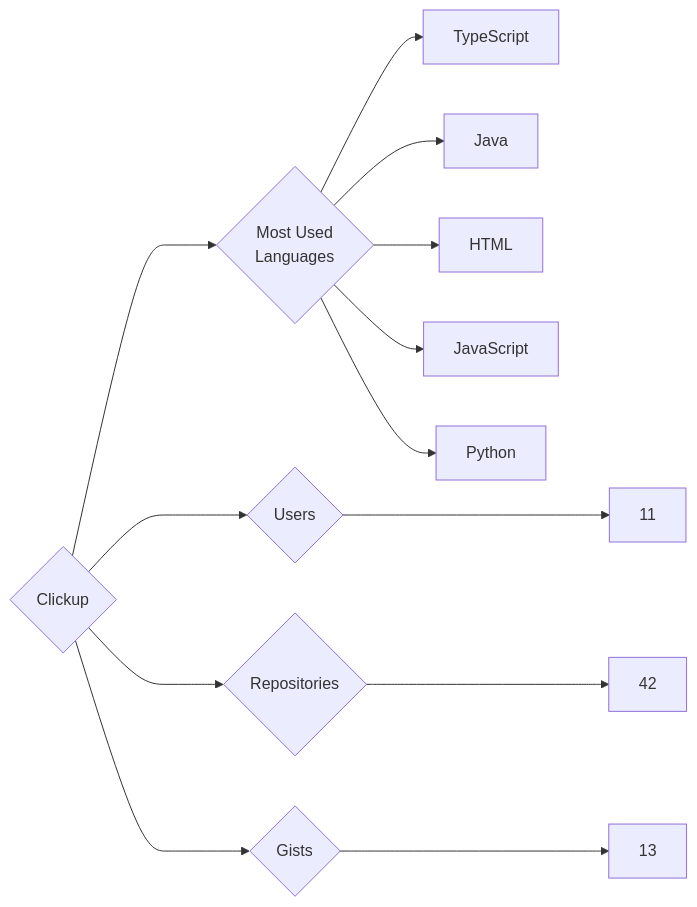
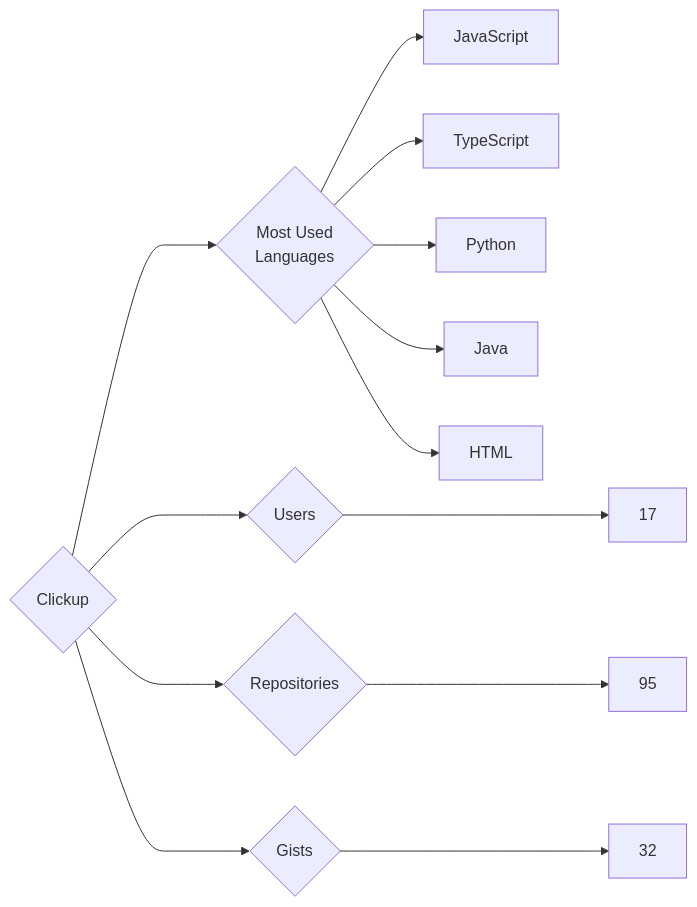
The diagram in targets/Clickup/README.md (trickest/insiders), drawn with Mermaid before and after one commit. The commit also changed 775 other files, not shown here.

````diff
--- a/targets/Clickup/README.md
+++ b/targets/Clickup/README.md
@@ -3,13 +3,13 @@
 ```mermaid
 graph LR
 COMPANY_NAME{Clickup}
-COMPANY_NAME ---> U{Users} ---> UN[11]
-COMPANY_NAME ---> R{Repositories} ---> RN[42]
-COMPANY_NAME ---> G{Gists} ---> GN[13]
+COMPANY_NAME ---> U{Users} ---> UN[17]
+COMPANY_NAME ---> R{Repositories} ---> RN[95]
+COMPANY_NAME ---> G{Gists} ---> GN[32]
 COMPANY_NAME ---> ML{Most Used<br>Languages}
+ML --> JavaScript[JavaScript]
 ML --> TypeScript[TypeScript]
+ML --> Python[Python]
 ML --> Java[Java]
 ML --> HTML[HTML]
-ML --> JavaScript[JavaScript]
-ML --> Python[Python]
 ```
````
